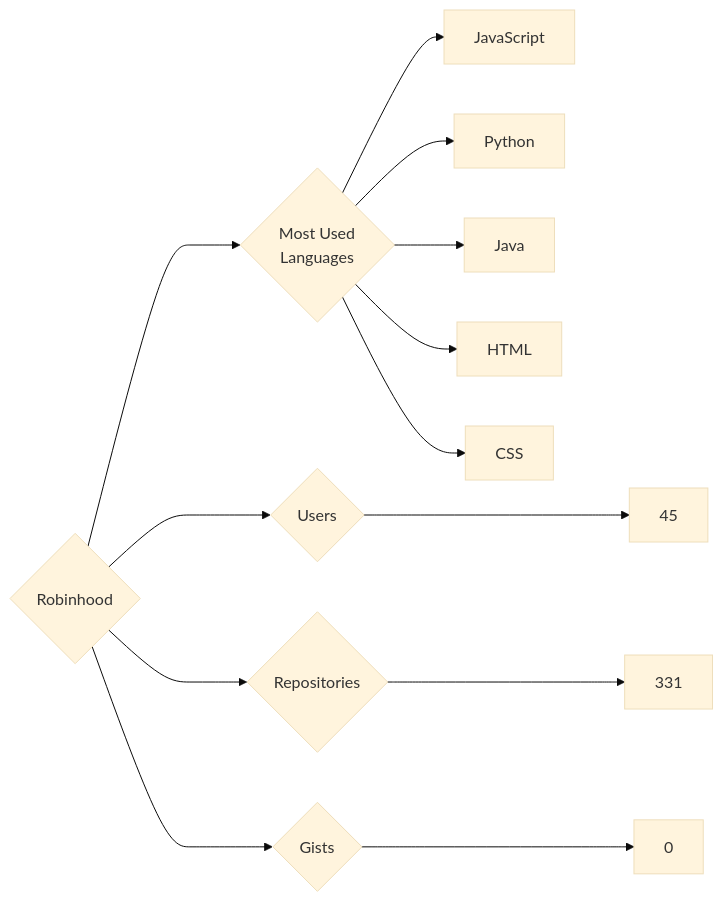
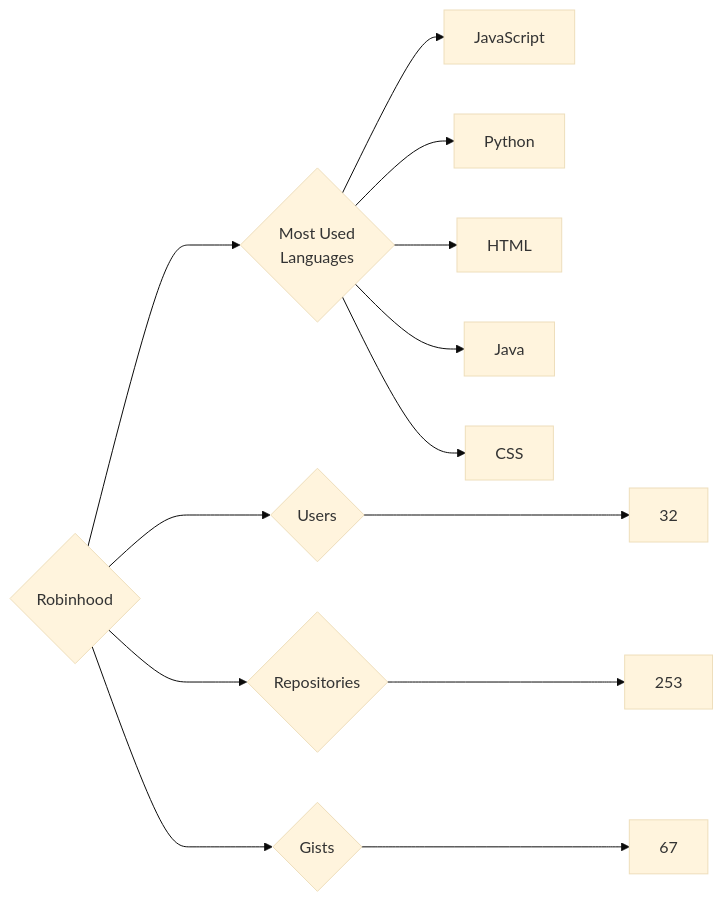
One commit to trickest/insiders changed the diagram in targets/Robinhood/README.md. Above: the diagram before and after it, drawn with Mermaid (base theme). The commit also changed 997 other files, not shown here.

````diff
--- a/targets/Robinhood/README.md
+++ b/targets/Robinhood/README.md
@@ -3,13 +3,13 @@
 ```mermaid
 graph LR
 COMPANY_NAME{Robinhood}
-COMPANY_NAME ---> U{Users} ---> UN[45]
-COMPANY_NAME ---> R{Repositories} ---> RN[331]
-COMPANY_NAME ---> G{Gists} ---> GN[0]
+COMPANY_NAME ---> U{Users} ---> UN[32]
+COMPANY_NAME ---> R{Repositories} ---> RN[253]
+COMPANY_NAME ---> G{Gists} ---> GN[67]
 COMPANY_NAME ---> ML{Most Used<br>Languages}
-ML --> JavaScript
-ML --> Python
-ML --> Java
-ML --> HTML
-ML --> CSS
+ML --> JavaScript[JavaScript]
+ML --> Python[Python]
+ML --> HTML[HTML]
+ML --> Java[Java]
+ML --> CSS[CSS]
 ```
````
